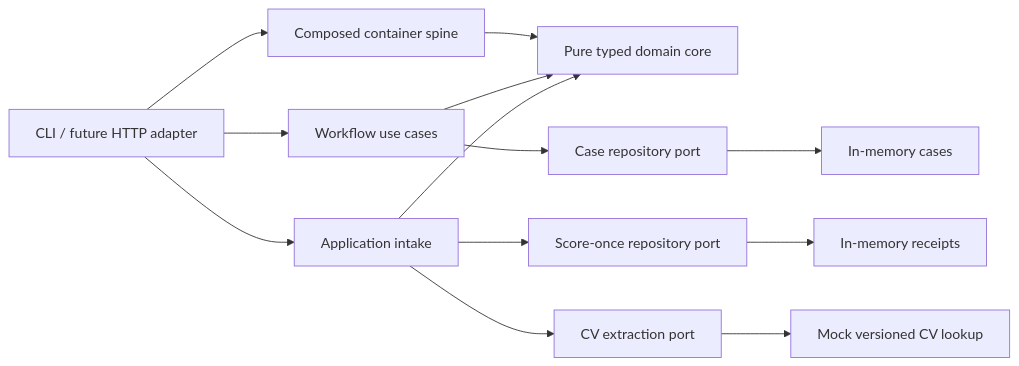
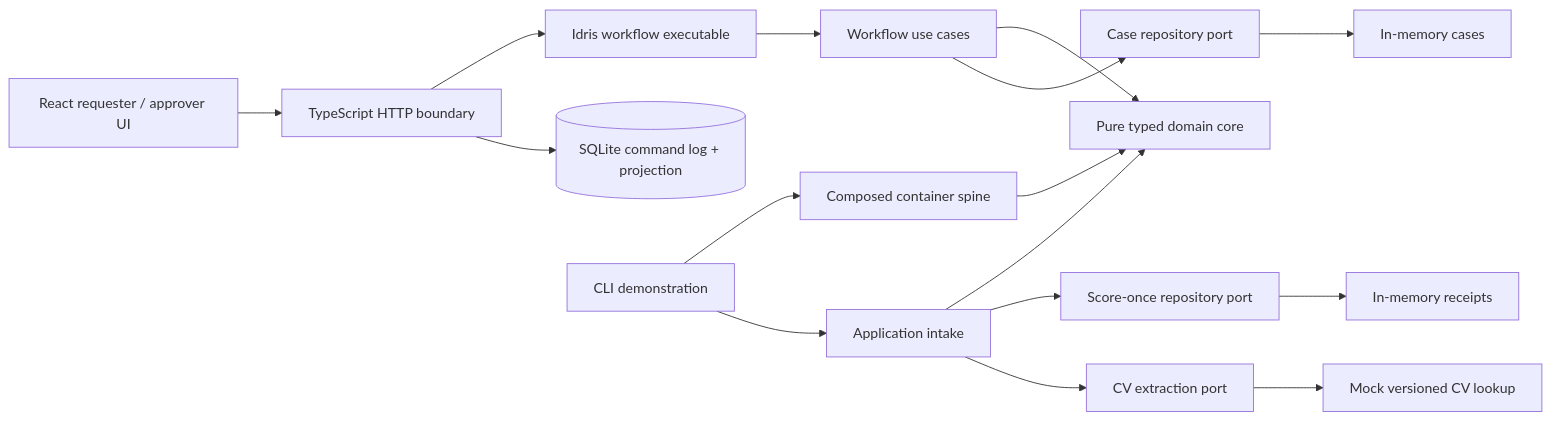
The diagram in docs/architecture.md (robertiannuzzo/agentic-kodamai), drawn with Mermaid before and after one commit. The commit also changed other lines of this file and 29 other files, not shown here.

````diff
--- a/docs/architecture.md
+++ b/docs/architecture.md
@@ -7,15 +9,18 @@
 ```mermaid
 flowchart LR
-  CLI[CLI / future HTTP adapter] --> Spine[Composed container spine]
+  Web[React requester / approver UI] --> API[TypeScript HTTP boundary]
+  API --> Worker[Idris workflow executable]
+  Worker --> Workflow[Workflow use cases]
+  API --> SQLite[(SQLite command log + projection)]
+  CLI[CLI demonstration] --> Spine[Composed container spine]
   Spine --> Core[Pure typed domain core]
-  CLI --> Workflow[Workflow use cases]
   CLI --> Intake[Application intake]
-  Workflow --> Core[Pure typed domain core]
+  Workflow --> Core
   Intake --> Core
   Workflow --> Cases[Case repository port]
   Intake --> Scores[Score-once repository port]
   Intake --> Extractor[CV extraction port]
   Cases --> CaseMemory[In-memory cases]
   Scores --> Memory[In-memory receipts]
   Extractor --> Mock[Mock versioned CV lookup]
 ```
````
